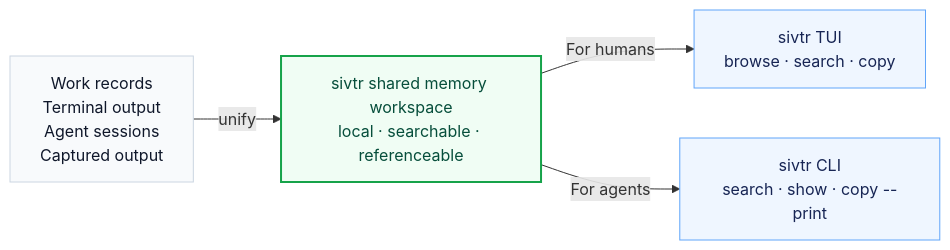
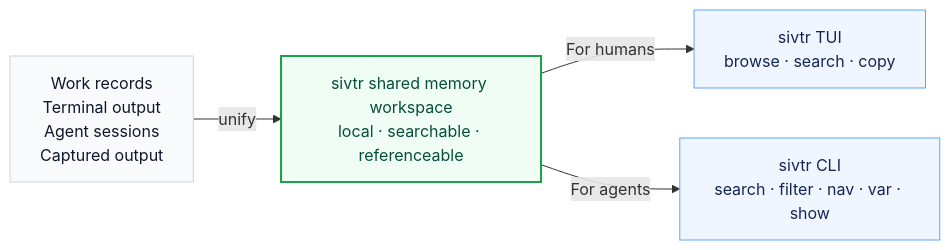
Before and after one commit to Ariestar/sivtr: the diagram in docs-site/src/content/docs/start/core-concepts.md, drawn with Mermaid. The commit also changed other lines of this file and 15 other files, not shown here.

````diff
--- a/docs-site/src/content/docs/start/core-concepts.md
+++ b/docs-site/src/content/docs/start/core-concepts.md
@@ -13,18 +13,18 @@
 ```mermaid
 flowchart LR
   records["Work records<br/>Terminal output<br/>Agent sessions<br/>Captured output"]
   memory["sivtr shared memory workspace<br/>local · searchable · referenceable"]
   human["sivtr TUI<br/>browse · search · copy"]
-  agent["sivtr CLI<br/>search · show · copy --print"]
+  agent["sivtr CLI<br/>search · filter · nav · var · show"]
 
   records -->|unify| memory
   memory -->|For humans| human
   memory -->|For agents| agent
 
   classDef records fill:#f8fafc,stroke:#cbd5e1,color:#0f172a;
   classDef memory fill:#f0fdf4,stroke:#16a34a,stroke-width:2px,color:#064e3b;
   classDef use fill:#eff6ff,stroke:#60a5fa,color:#172554;
   class records records;
   class memory memory;
   class human,agent use;
 ```
````
